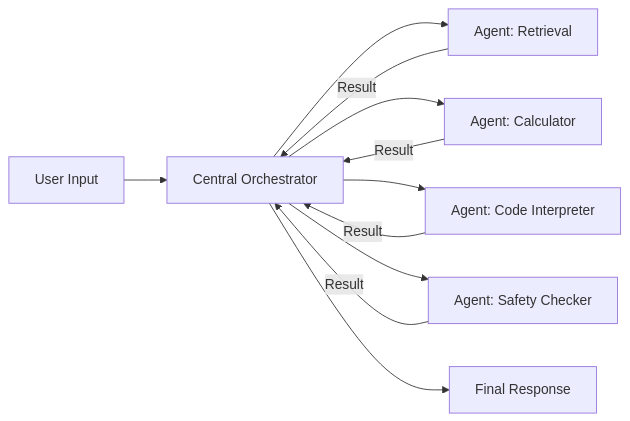
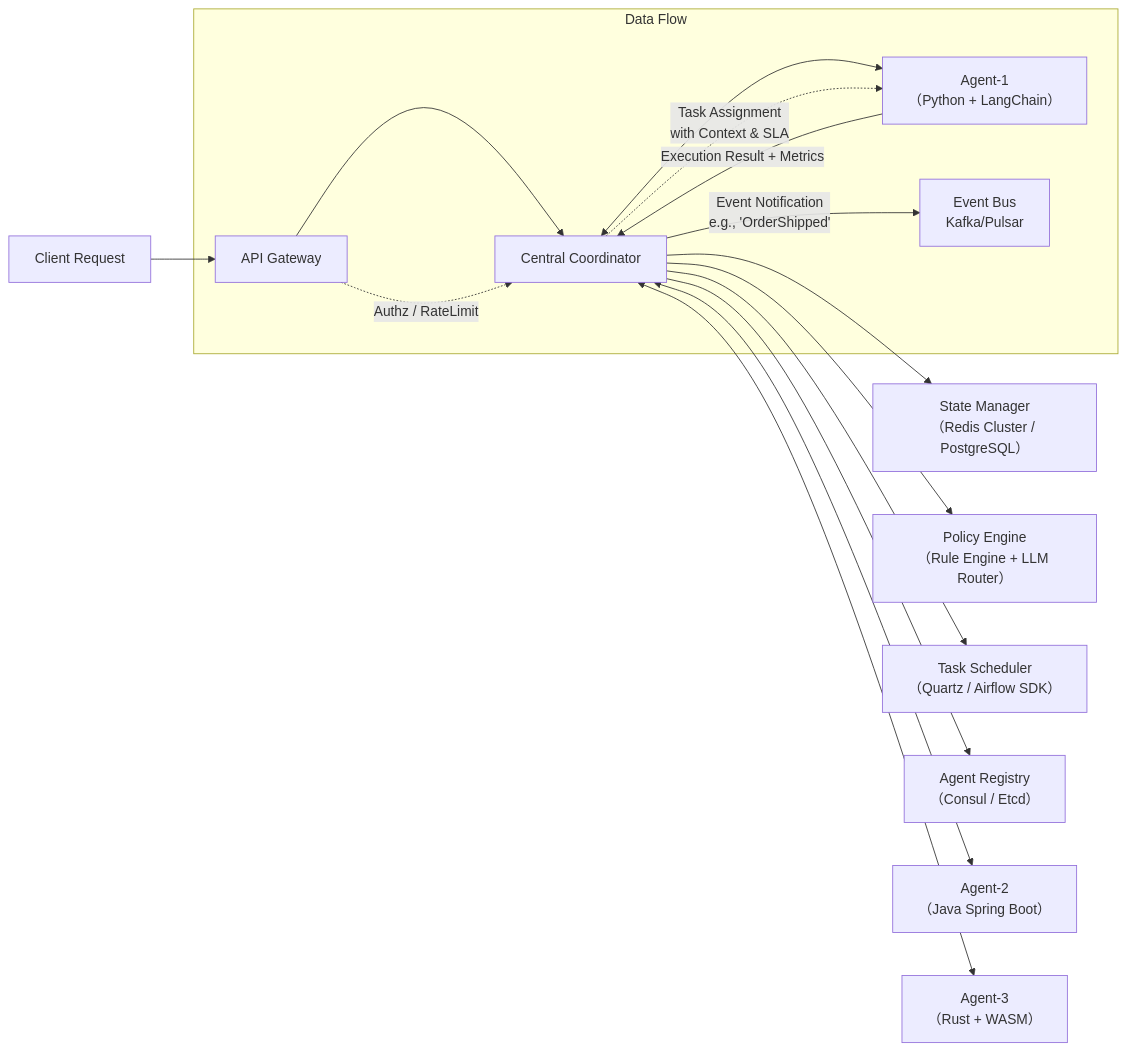
The diagram in 07-Multi-Agent系统/中心化架构设计.md (liuwei1993/ai-llm-agent-knowledge), drawn with Mermaid before and after one commit. The commit also changed other lines of this file and 2 other files, not shown here.

````diff
--- a/07-Multi-Agent系统/中心化架构设计.md
+++ b/07-Multi-Agent系统/中心化架构设计.md
@@ -31,13 +36,20 @@
 ```mermaid
 graph LR
-    U[User Input] --> C[Central Orchestrator]
-    C --> A1[Agent: Retrieval]
-    C --> A2[Agent: Calculator]
-    C --> A3[Agent: Code Interpreter]
-    C --> A4[Agent: Safety Checker]
-    A1 -->|Result| C
-    A2 -->|Result| C
-    A3 -->|Result| C
-    A4 -->|Result| C
-    C --> R[Final Response]
+    A[Client Request] --> B[API Gateway]
+    B --> C[Central Coordinator]
+    C --> D[State Manager<br>（Redis Cluster / PostgreSQL）]
+    C --> E[Policy Engine<br>（Rule Engine + LLM Router）]
+    C --> F[Task Scheduler<br>（Quartz / Airflow SDK）]
+    C --> G[Agent Registry<br>（Consul / Etcd）]
+    
+    C <--> H[Agent-1<br>（Python + LangChain）]
+    C <--> I[Agent-2<br>（Java Spring Boot）]
+    C <--> J[Agent-3<br>（Rust + WASM）]
+    
+    subgraph Data Flow
+        B -.->|Authz / RateLimit| C
+        C -.->|Task Assignment<br>with Context & SLA| H
+        H -->|Execution Result + Metrics| C
+        C -->|Event Notification<br>e.g., 'OrderShipped'| K[Event Bus<br>Kafka/Pulsar]
+    end
 ```
````
